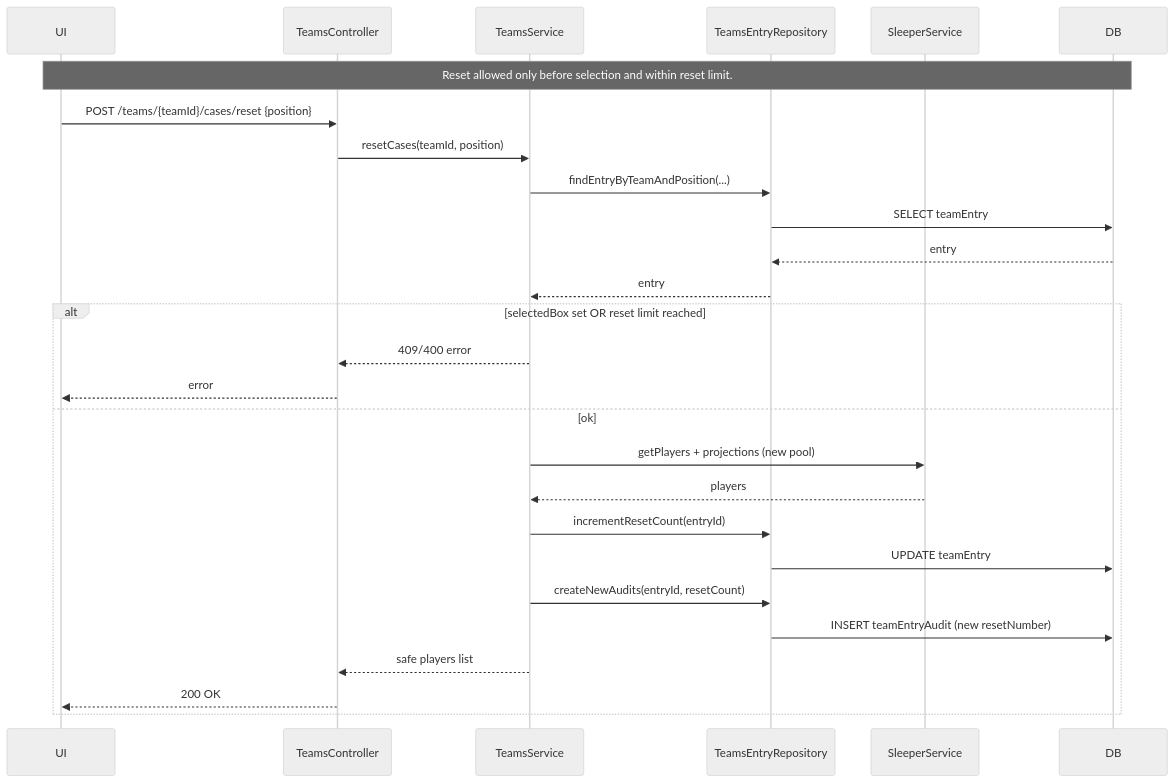
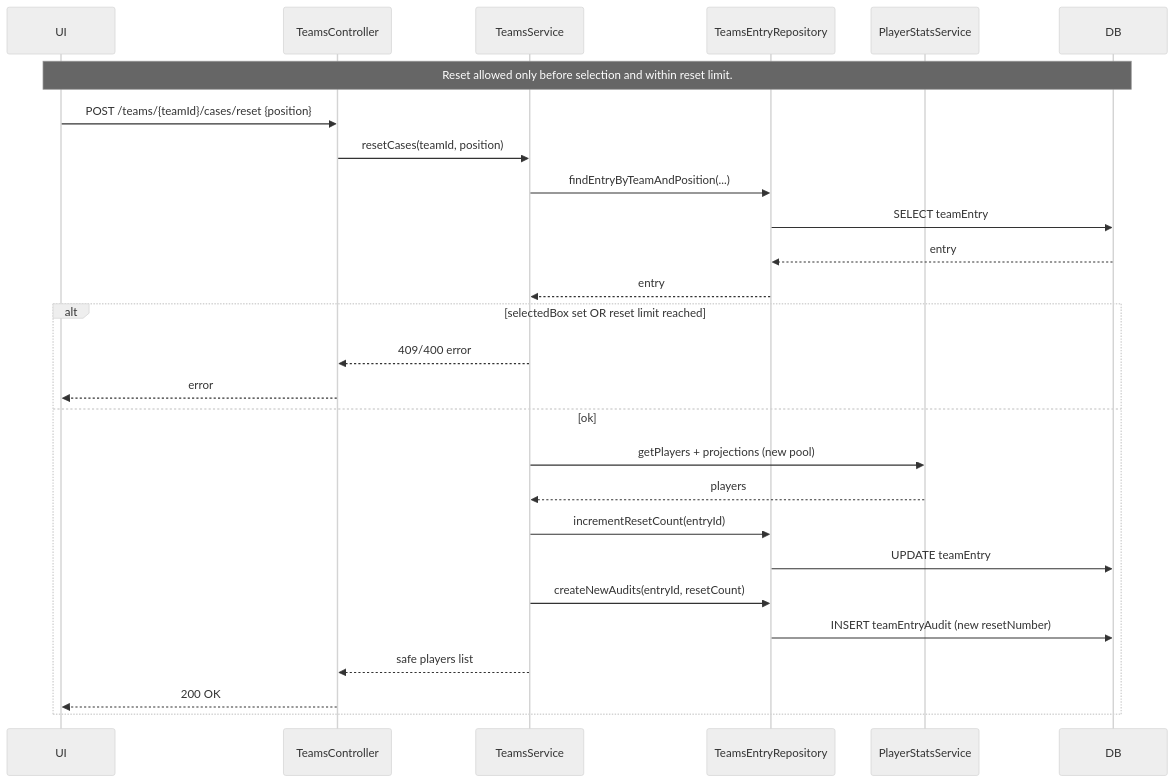
Before and after one commit to Foxsly/dondff: the sixth of 12 diagrams in ai/docs/DIAGRAMS.md, drawn with Mermaid (neutral theme). The commit also changed other lines of this file, not shown here.

Commit message:
Updating diagrams to show usage of PlayerStatsService instead of SleeperService

````diff
--- a/ai/docs/DIAGRAMS.md
+++ b/ai/docs/DIAGRAMS.md
@@ -161,32 +161,32 @@
 ```mermaid
 sequenceDiagram
   participant UI
   participant TeamsController
   participant TeamsService
   participant TeamsEntryRepository
-  participant SleeperService
+  participant PlayerStatsService
   participant DB
 
   Note over UI,DB: Reset allowed only before selection and within reset limit.
 
   UI->>TeamsController: POST /teams/{teamId}/cases/reset {position}
   TeamsController->>TeamsService: resetCases(teamId, position)
   TeamsService->>TeamsEntryRepository: findEntryByTeamAndPosition(...)
   TeamsEntryRepository->>DB: SELECT teamEntry
   DB-->>TeamsEntryRepository: entry
   TeamsEntryRepository-->>TeamsService: entry
 
   alt selectedBox set OR reset limit reached
     TeamsService-->>TeamsController: 409/400 error
     TeamsController-->>UI: error
   else ok
-    TeamsService->>SleeperService: getPlayers + projections (new pool)
-    SleeperService-->>TeamsService: players
+    TeamsService->>PlayerStatsService: getPlayers + projections (new pool)
+    PlayerStatsService-->>TeamsService: players
     TeamsService->>TeamsEntryRepository: incrementResetCount(entryId)
     TeamsEntryRepository->>DB: UPDATE teamEntry
     TeamsService->>TeamsEntryRepository: createNewAudits(entryId, resetCount)
     TeamsEntryRepository->>DB: INSERT teamEntryAudit (new resetNumber)
     TeamsService-->>TeamsController: safe players list
     TeamsController-->>UI: 200 OK
   end
 ```
````
